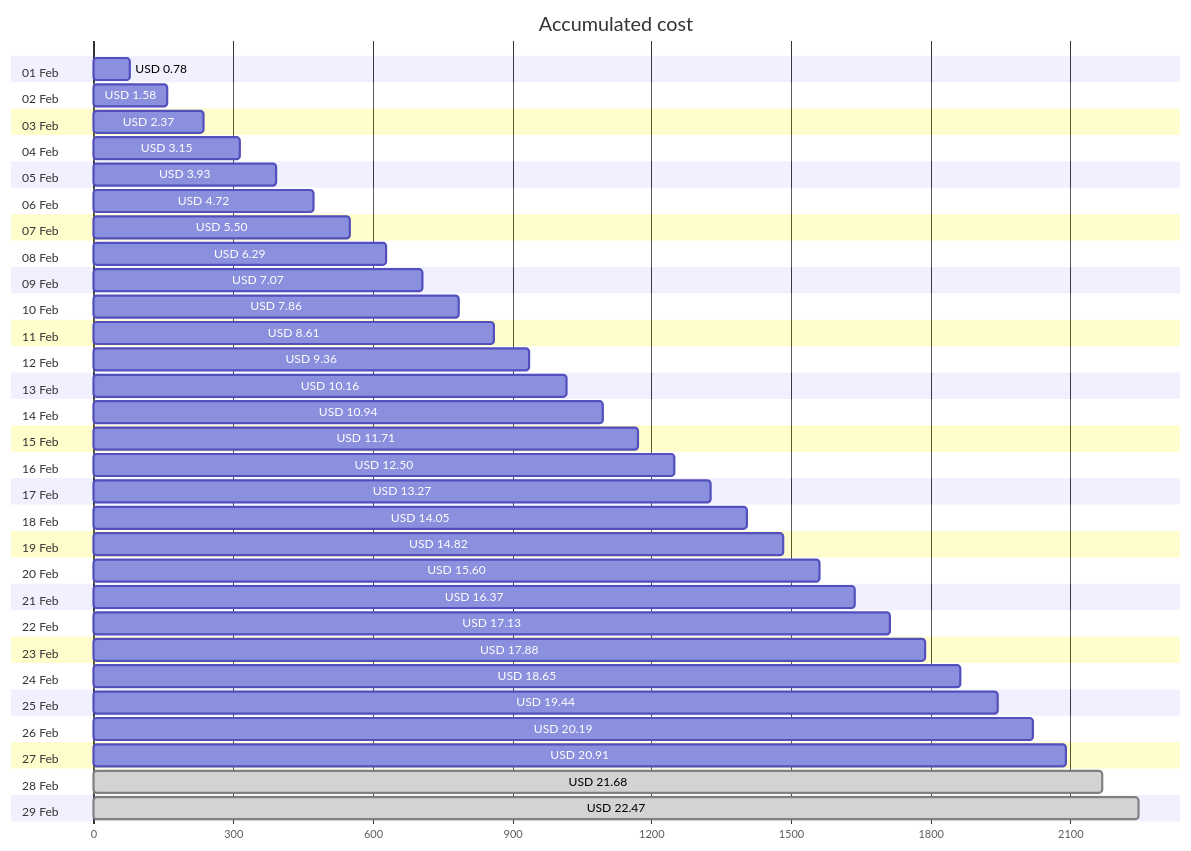
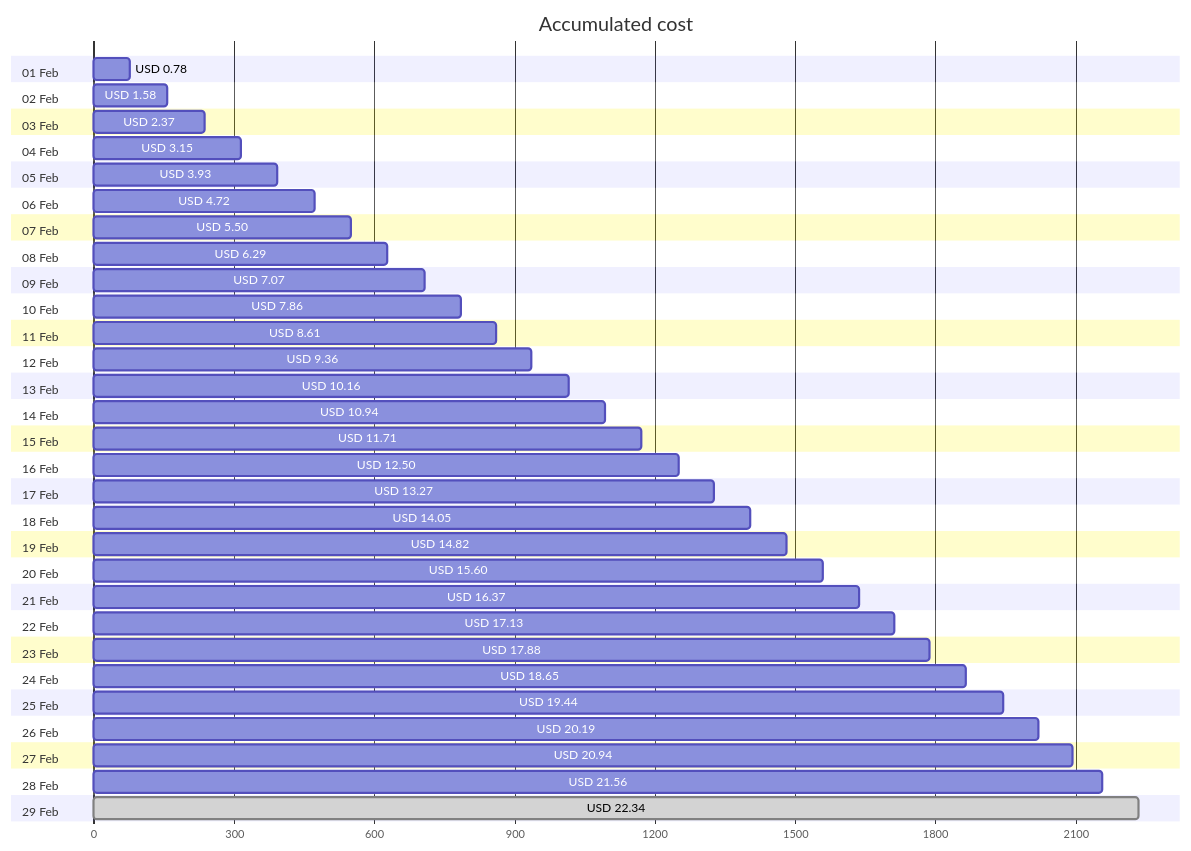
The first of 4 diagrams in cost-reports/personal-network/backup-server-data-disk.md (jpfulton/azure-personal-reports), drawn with Mermaid before and after one commit. The commit also changed other lines of this file and 8 other files, not shown here.

````diff
--- a/cost-reports/personal-network/backup-server-data-disk.md
+++ b/cost-reports/personal-network/backup-server-data-disk.md
@@ -20,64 +20,64 @@
 ```mermaid
 gantt
    title Accumulated cost
    dateFormat  X
    axisFormat %s
    section 01 Feb
    USD 0.78 :0, 78
    section 02 Feb
    USD 1.58 :0, 158
    section 03 Feb
    USD 2.37 :0, 237
    section 04 Feb
    USD 3.15 :0, 315
    section 05 Feb
    USD 3.93 :0, 393
    section 06 Feb
    USD 4.72 :0, 472
    section 07 Feb
    USD 5.50 :0, 550
    section 08 Feb
    USD 6.29 :0, 629
    section 09 Feb
    USD 7.07 :0, 707
    section 10 Feb
    USD 7.86 :0, 786
    section 11 Feb
    USD 8.61 :0, 861
    section 12 Feb
    USD 9.36 :0, 936
    section 13 Feb
    USD 10.16 :0, 1016
    section 14 Feb
    USD 10.94 :0, 1094
    section 15 Feb
    USD 11.71 :0, 1171
    section 16 Feb
    USD 12.50 :0, 1250
    section 17 Feb
    USD 13.27 :0, 1327
    section 18 Feb
    USD 14.05 :0, 1405
    section 19 Feb
    USD 14.82 :0, 1482
    section 20 Feb
    USD 15.60 :0, 1560
    section 21 Feb
    USD 16.37 :0, 1637
    section 22 Feb
    USD 17.13 :0, 1713
    section 23 Feb
    USD 17.88 :0, 1788
    section 24 Feb
    USD 18.65 :0, 1865
    section 25 Feb
    USD 19.44 :0, 1944
    section 26 Feb
    USD 20.19 :0, 2019
    section 27 Feb
-   USD 20.91 :0, 2091
+   USD 20.94 :0, 2094
    section 28 Feb
-   USD 21.68 : done, 0, 2168
+   USD 21.56 :0, 2156
    section 29 Feb
-   USD 22.47 : done, 0, 2247
+   USD 22.34 : done, 0, 2234
 ```
````
